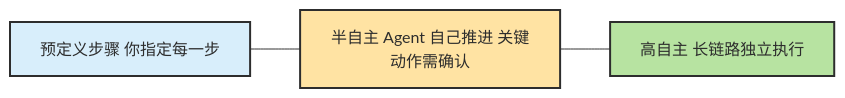
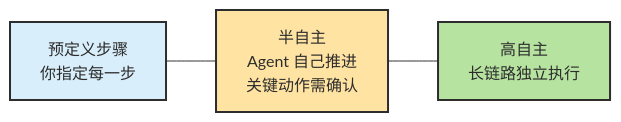
The fifth of 5 diagrams in docs/chapters/ch07-llm-to-agent.md (zht043/AgenticCodingTutorial), drawn with Mermaid before and after one commit. The commit also changed other lines of this file and 23 other files, not shown here.

````diff
--- a/docs/chapters/ch07-llm-to-agent.md
+++ b/docs/chapters/ch07-llm-to-agent.md
@@ -328,8 +164,8 @@
 ```mermaid
 flowchart LR
     classDef low fill:#d8eefb,stroke:#2d2d2d,stroke-width:2px,color:#2d2d2d
     classDef mid fill:#ffe3a3,stroke:#2d2d2d,stroke-width:2px,color:#2d2d2d
     classDef high fill:#b7e3a1,stroke:#2d2d2d,stroke-width:2px,color:#2d2d2d
 
-    A["预定义步骤 你指定每一步"]:::low --- B["半自主 Agent 自己推进 关键动作需确认"]:::mid --- C["高自主 长链路独立执行"]:::high
+    A["预定义步骤<br/>你指定每一步"]:::low --- B["半自主<br/>Agent 自己推进<br/>关键动作需确认"]:::mid --- C["高自主<br/>长链路独立执行"]:::high
 ```
````
